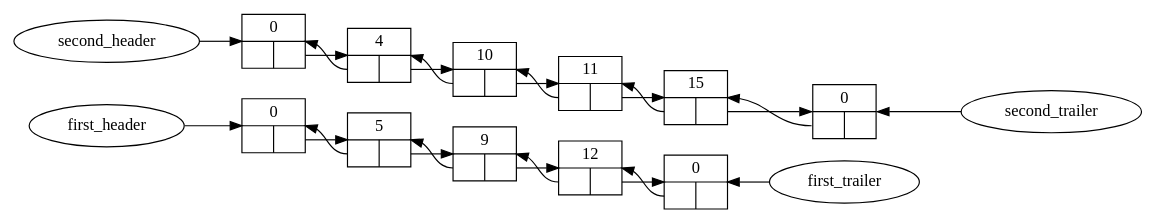
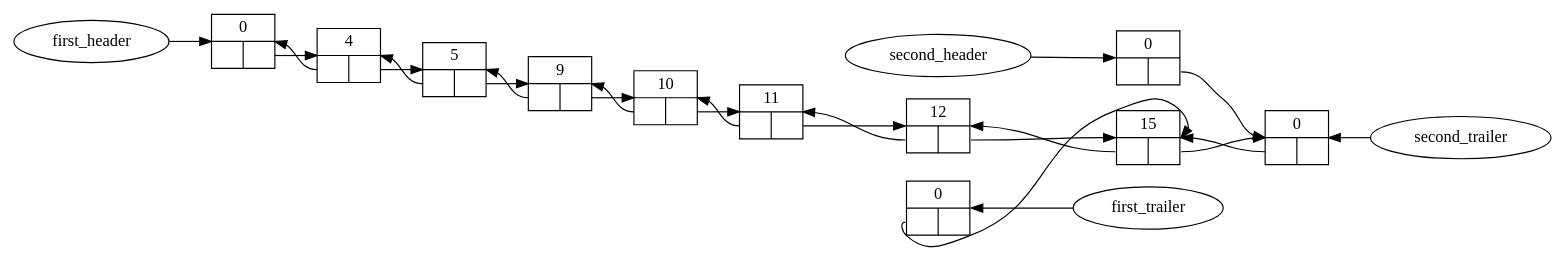
The diagram in merge.dot (areinisc/prog04), drawn with Graphviz before and after one commit. The commit also changed 4 other files, not shown here.

```diff
--- a/merge.dot
+++ b/merge.dot
@@ -1,40 +1,40 @@
 digraph {
 rankdir=LR;
 first_header [shape=ellipse];
 first_trailer [shape=ellipse];
 second_header [shape=ellipse];
 second_trailer [shape=ellipse];
-node4420799008 [shape=record, label="0 | { <prev> | <next> }"];
-node4420799040 [shape=record, label="0 | { <prev> | <next> }"];
-node4420799072 [shape=record, label="5 | { <prev> | <next> }"];
-node4420799104 [shape=record, label="9 | { <prev> | <next> }"];
-node4420799136 [shape=record, label="12 | { <prev> | <next> }"];
-node4420799200 [shape=record, label="0 | { <prev> | <next> }"];
-node4420799232 [shape=record, label="0 | { <prev> | <next> }"];
-node4420799264 [shape=record, label="4 | { <prev> | <next> }"];
-node4420799296 [shape=record, label="10 | { <prev> | <next> }"];
-node4420799328 [shape=record, label="11 | { <prev> | <next> }"];
-node4420799360 [shape=record, label="15 | { <prev> | <next> }"];
-first_header -> node4420799008:w;
-node4420799040:e -> first_trailer [dir=back];
-second_header -> node4420799200:w;
-node4420799232:e -> second_trailer [dir=back];
-node4420799008:next:e -> node4420799072:w;
-node4420799040:prev:w -> node4420799136:e [weight=0];
-node4420799072:next:e -> node4420799104:w;
-node4420799072:prev:w -> node4420799008:e [weight=0];
-node4420799104:next:e -> node4420799136:w;
-node4420799104:prev:w -> node4420799072:e [weight=0];
-node4420799136:next:e -> node4420799040:w;
-node4420799136:prev:w -> node4420799104:e [weight=0];
-node4420799200:next:e -> node4420799264:w;
-node4420799232:prev:w -> node4420799360:e [weight=0];
-node4420799264:next:e -> node4420799296:w;
-node4420799264:prev:w -> node4420799200:e [weight=0];
-node4420799296:next:e -> node4420799328:w;
-node4420799296:prev:w -> node4420799264:e [weight=0];
-node4420799328:next:e -> node4420799360:w;
-node4420799328:prev:w -> node4420799296:e [weight=0];
-node4420799360:next:e -> node4420799232:w;
-node4420799360:prev:w -> node4420799328:e [weight=0];
+node4399827504 [shape=record, label="0 | { <prev> | <next> }"];
+node4399827536 [shape=record, label="0 | { <prev> | <next> }"];
+node4399827568 [shape=record, label="5 | { <prev> | <next> }"];
+node4399827600 [shape=record, label="9 | { <prev> | <next> }"];
+node4399827632 [shape=record, label="12 | { <prev> | <next> }"];
+node4399827696 [shape=record, label="0 | { <prev> | <next> }"];
+node4399827728 [shape=record, label="0 | { <prev> | <next> }"];
+node4399827760 [shape=record, label="4 | { <prev> | <next> }"];
+node4399827792 [shape=record, label="10 | { <prev> | <next> }"];
+node4399827824 [shape=record, label="11 | { <prev> | <next> }"];
+node4399827856 [shape=record, label="15 | { <prev> | <next> }"];
+first_header -> node4399827504:w;
+node4399827536:e -> first_trailer [dir=back];
+second_header -> node4399827696:w;
+node4399827728:e -> second_trailer [dir=back];
+node4399827504:next:e -> node4399827760:w;
+node4399827536:prev:w -> node4399827856:e [weight=0];
+node4399827568:next:e -> node4399827600:w;
+node4399827568:prev:w -> node4399827760:e [weight=0];
+node4399827600:next:e -> node4399827792:w;
+node4399827600:prev:w -> node4399827568:e [weight=0];
+node4399827632:next:e -> node4399827856:w;
+node4399827632:prev:w -> node4399827824:e [weight=0];
+node4399827696:next:e -> node4399827728:w;
+node4399827728:prev:w -> node4399827856:e [weight=0];
+node4399827760:next:e -> node4399827568:w;
+node4399827760:prev:w -> node4399827504:e [weight=0];
+node4399827792:next:e -> node4399827824:w;
+node4399827792:prev:w -> node4399827600:e [weight=0];
+node4399827824:next:e -> node4399827632:w;
+node4399827824:prev:w -> node4399827792:e [weight=0];
+node4399827856:next:e -> node4399827728:w;
+node4399827856:prev:w -> node4399827632:e [weight=0];
 }
```
